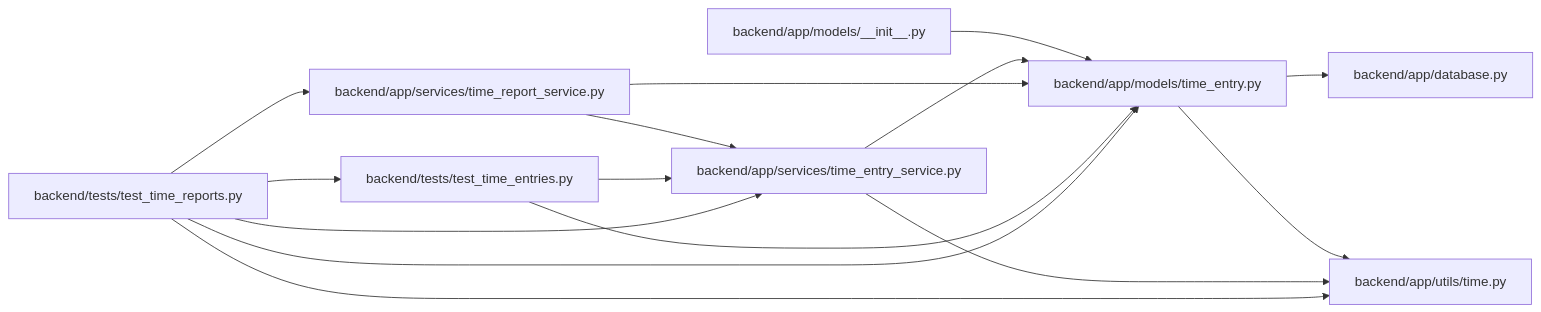
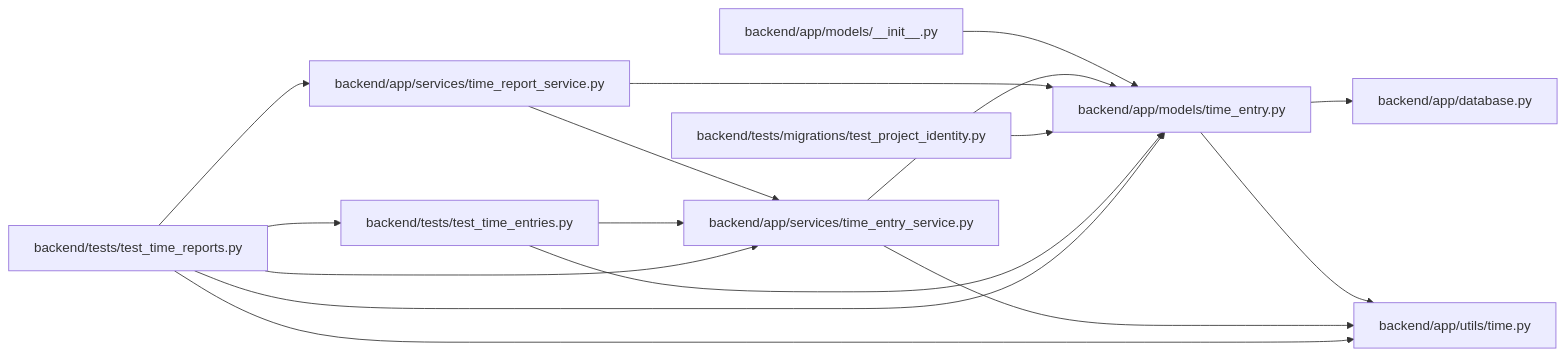
One commit to Denissvgn/WorkChord changed the diagram in docs/llm_wiki/modules/models_time_entry.md. Above: the diagram before and after it, drawn with Mermaid. The commit also changed other lines of this file and 388 other files, not shown here.

Commit message:
docs(wiki): explain project identity migration and allocation floors

````diff
--- a/docs/llm_wiki/modules/models_time_entry.md
+++ b/docs/llm_wiki/modules/models_time_entry.md
@@ -24,33 +24,36 @@
 ```mermaid
 flowchart LR
     n0["backend/app/database.py"]
     n1["backend/app/models/__init__.py"]
     n2["backend/app/models/time_entry.py"]
     n3["backend/app/services/time_entry_service.py"]
     n4["backend/app/services/time_report_service.py"]
     n5["backend/app/utils/time.py"]
-    n6["backend/tests/test_time_entries.py"]
-    n7["backend/tests/test_time_reports.py"]
+    n6["backend/tests/migrations/test_project_identity.py"]
+    n7["backend/tests/test_time_entries.py"]
+    n8["backend/tests/test_time_reports.py"]
     n1 --> n2
     n2 --> n0
     n2 --> n5
     n3 --> n2
     n3 --> n5
     n4 --> n2
     n4 --> n3
     n6 --> n2
-    n6 --> n3
     n7 --> n2
     n7 --> n3
-    n7 --> n4
-    n7 --> n5
-    n7 --> n6
+    n8 --> n2
+    n8 --> n3
+    n8 --> n4
+    n8 --> n5
+    n8 --> n7
     click n0 "../modules/app_database.md"
     click n1 "../modules/models___init__.md"
     click n2 "../modules/models_time_entry.md"
     click n3 "../modules/time_entry_service.md"
     click n4 "../modules/time_report_service.md"
     click n5 "../modules/time.md"
-    click n6 "../modules/test_time_entries.md"
-    click n7 "../modules/test_time_reports.md"
+    click n6 "../modules/test_project_identity.md"
+    click n7 "../modules/test_time_entries.md"
+    click n8 "../modules/test_time_reports.md"
 ```
````
